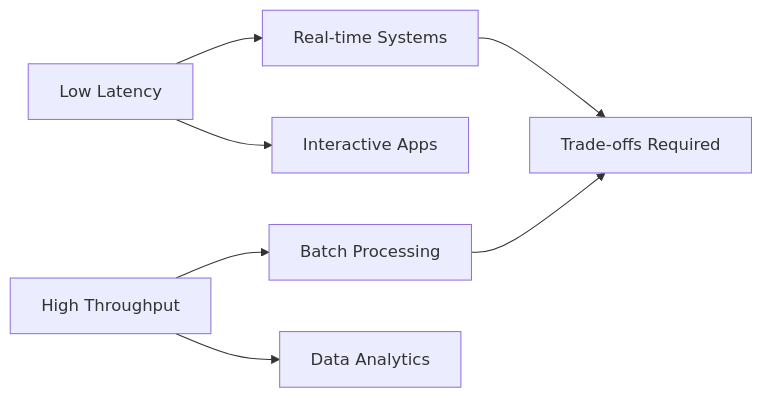
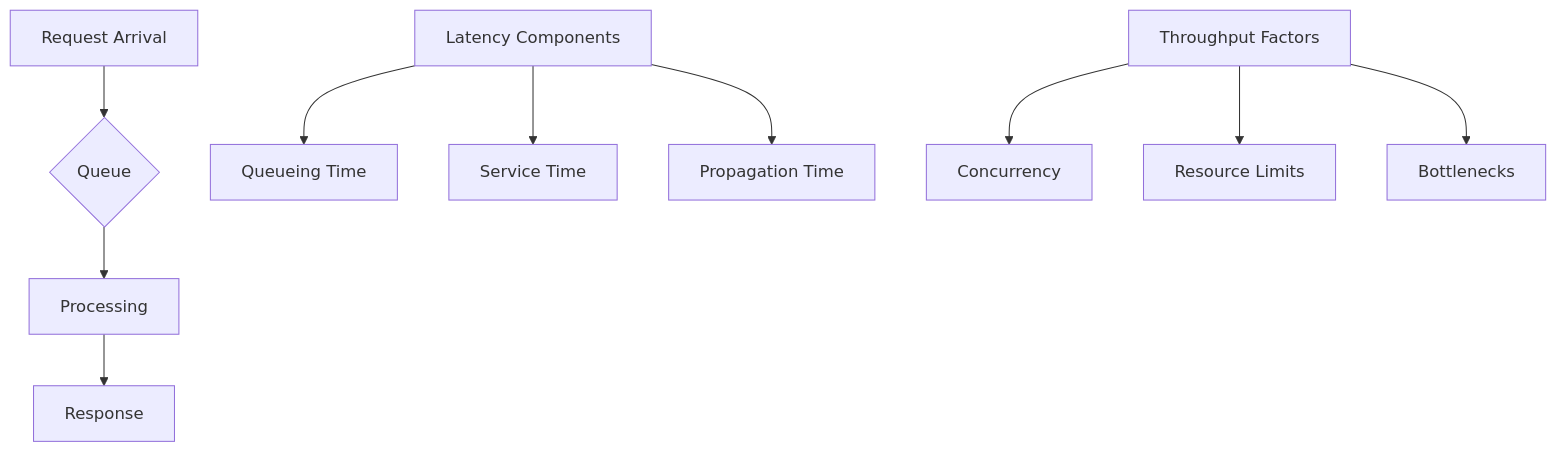
The diagram in latency-throughput-zero-to-hero/README.md (VrushankPatel/interview-matters), drawn with Mermaid before and after one commit. The commit also changed other lines of this file and 5 other files, not shown here.

Commit message:
kb: add/update topics LLD HLD basics, Replication vs Sharding vs Partitioning, Caching, Latency and Throughput zero to hero, Monitoring and Logging

````diff
--- a/latency-throughput-zero-to-hero/README.md
+++ b/latency-throughput-zero-to-hero/README.md
@@ -36,9 +75,14 @@
 ```mermaid
-graph LR
-    A[Low Latency] --> B[Real-time Systems]
-    A --> C[Interactive Apps]
-    D[High Throughput] --> E[Batch Processing]
-    D --> F[Data Analytics]
-    B --> G[Trade-offs Required]
-    E --> G
+graph TD
+    A[Request Arrival] --> B{Queue}
+    B --> C[Processing]
+    C --> D[Response]
+
+    E[Latency Components] --> F[Queueing Time]
+    E --> G[Service Time]
+    E --> H[Propagation Time]
+
+    I[Throughput Factors] --> J[Concurrency]
+    I --> K[Resource Limits]
+    I --> L[Bottlenecks]
 ```
````
